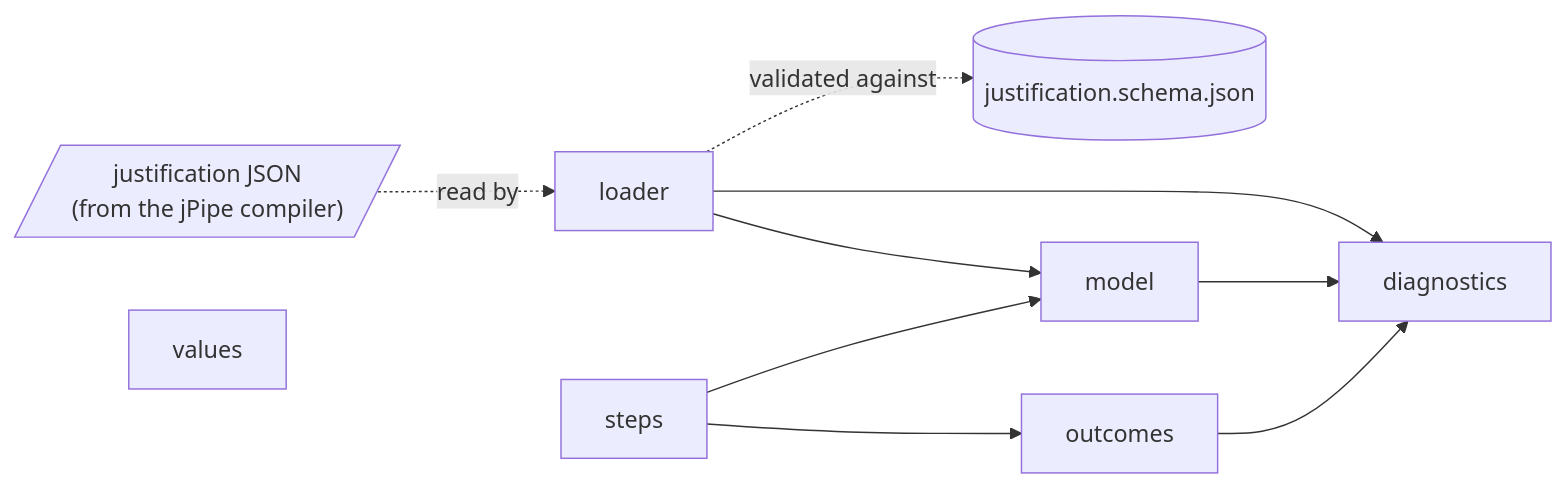
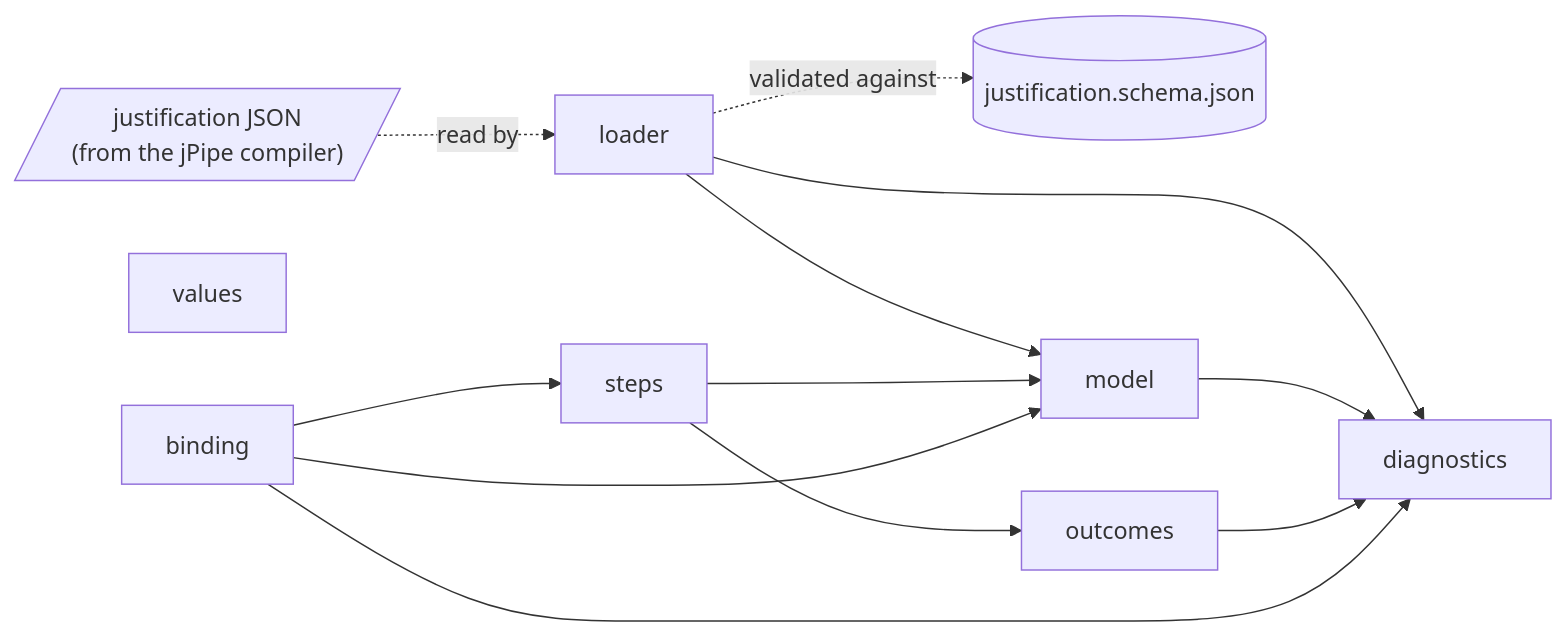
The first of 2 diagrams in docs/design.md (jpipe-mcscert/jpipe-runner), drawn with Mermaid before and after one commit. The commit also changed other lines of this file and 8 other files, not shown here.

````diff
--- a/docs/design.md
+++ b/docs/design.md
@@ -8,15 +8,18 @@
 ```mermaid
 flowchart LR
     json[/"justification JSON<br>(from the jPipe compiler)"/]
     schema[("justification.schema.json")]
 
     json -.->|read by| loader
     loader -.->|validated against| schema
     loader --> model
     loader --> diagnostics
     model --> diagnostics
     outcomes --> diagnostics
     steps --> model
     steps --> outcomes
     values[values]
+    binding --> model
+    binding --> steps
+    binding --> diagnostics
 ```
````
